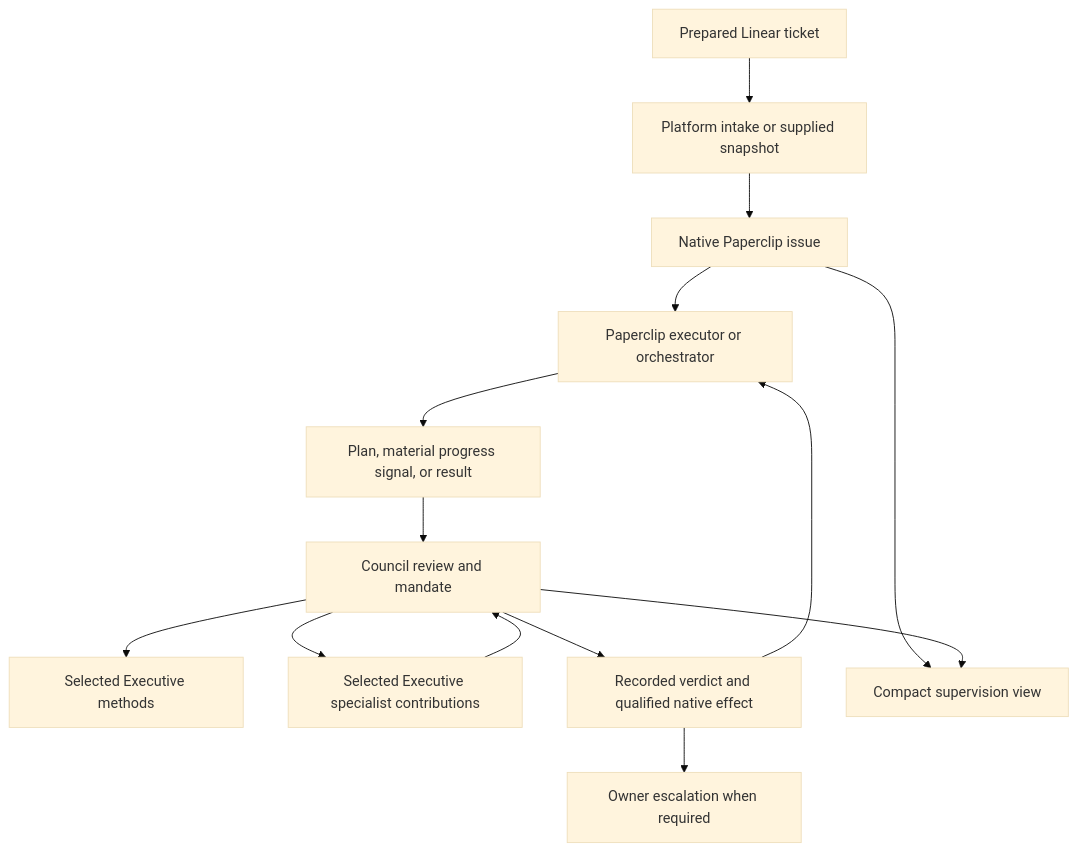
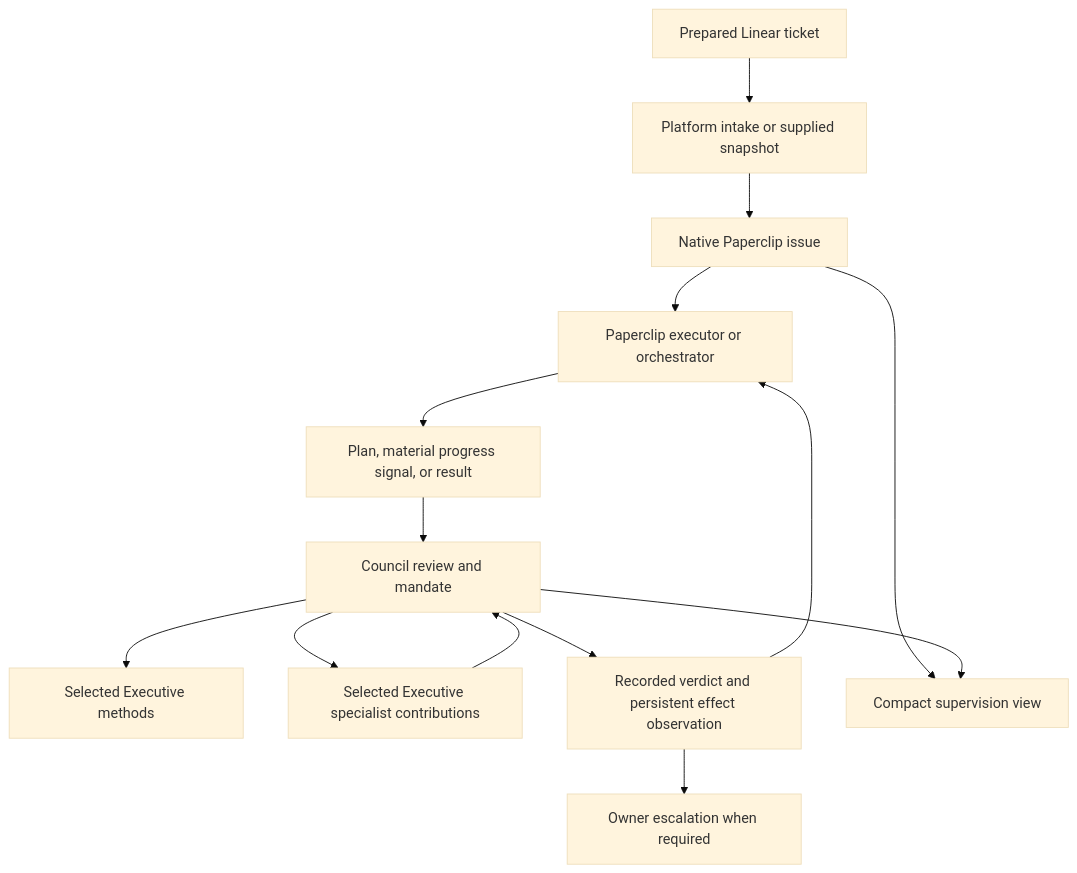
Before and after one commit to ty000/paperclip-executive: the diagram in docs/TAD.md, drawn with Mermaid (base theme). The commit also changed other lines of this file and 7 other files, not shown here.

````diff
--- a/docs/TAD.md
+++ b/docs/TAD.md
@@ -60,16 +60,16 @@
 ```mermaid
 flowchart TD
   Linear[Prepared Linear ticket] --> Intake[Platform intake or supplied snapshot]
   Intake --> Issue[Native Paperclip issue]
   Issue --> Execution[Paperclip executor or orchestrator]
   Execution --> Checkpoint[Plan, material progress signal, or result]
   Checkpoint --> Council[Council review and mandate]
   Council --> Methods[Selected Executive methods]
   Council --> Contributions[Selected Executive specialist contributions]
   Contributions --> Council
-  Council --> Decision[Recorded verdict and qualified native effect]
+  Council --> Decision[Recorded verdict and persistent effect observation]
   Decision --> Execution
   Decision --> Owner[Owner escalation when required]
   Issue --> View[Compact supervision view]
   Council --> View
 ```
````
